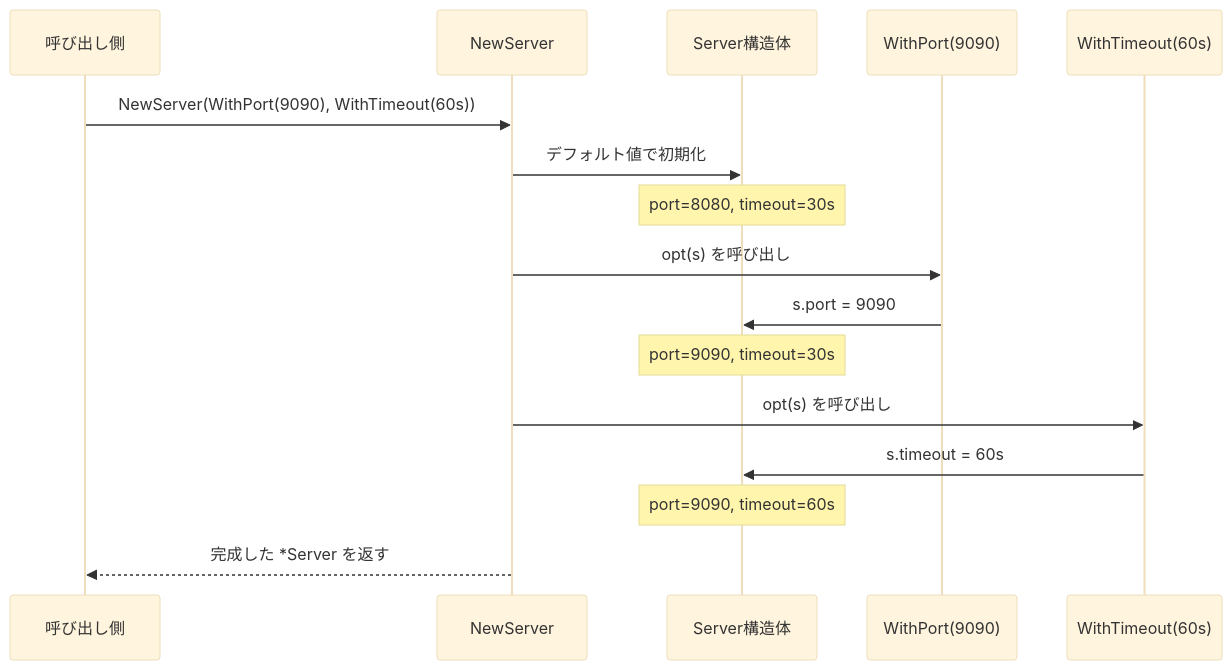
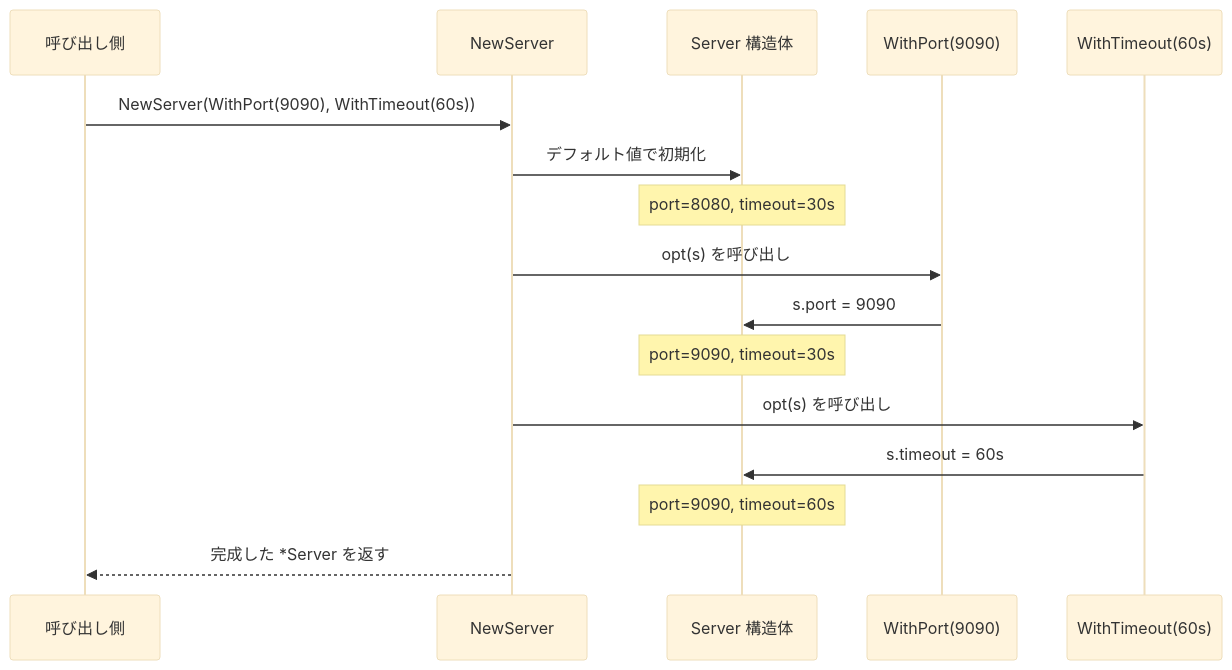
One commit to yoichiozaki/yoichiozaki.github.io changed the second of 6 diagrams in content/blog/ja/options-pattern.mdx. Above: the diagram before and after it, drawn with Mermaid (base theme). The commit also changed other lines of this file and 220 other files, not shown here.

````diff
--- a/content/blog/ja/options-pattern.mdx
+++ b/content/blog/ja/options-pattern.mdx
@@ -225,22 +223,22 @@
 ```mermaid
 sequenceDiagram
     participant Caller as 呼び出し側
     participant New as NewServer
-    participant S as Server構造体
+    participant S as Server 構造体
     participant Opt1 as WithPort(9090)
     participant Opt2 as WithTimeout(60s)
 
     Caller->>New: NewServer(WithPort(9090), WithTimeout(60s))
     New->>S: デフォルト値で初期化
     Note over S: port=8080, timeout=30s
 
     New->>Opt1: opt(s) を呼び出し
     Opt1->>S: s.port = 9090
     Note over S: port=9090, timeout=30s
 
     New->>Opt2: opt(s) を呼び出し
     Opt2->>S: s.timeout = 60s
     Note over S: port=9090, timeout=60s
 
     New-->>Caller: 完成した *Server を返す
 ```
````
